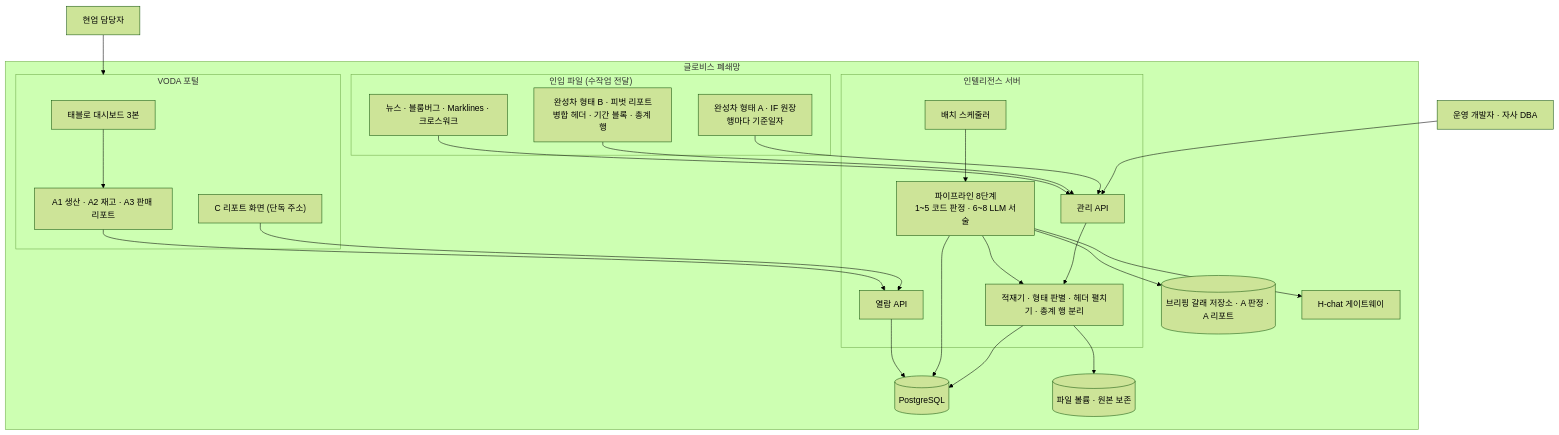
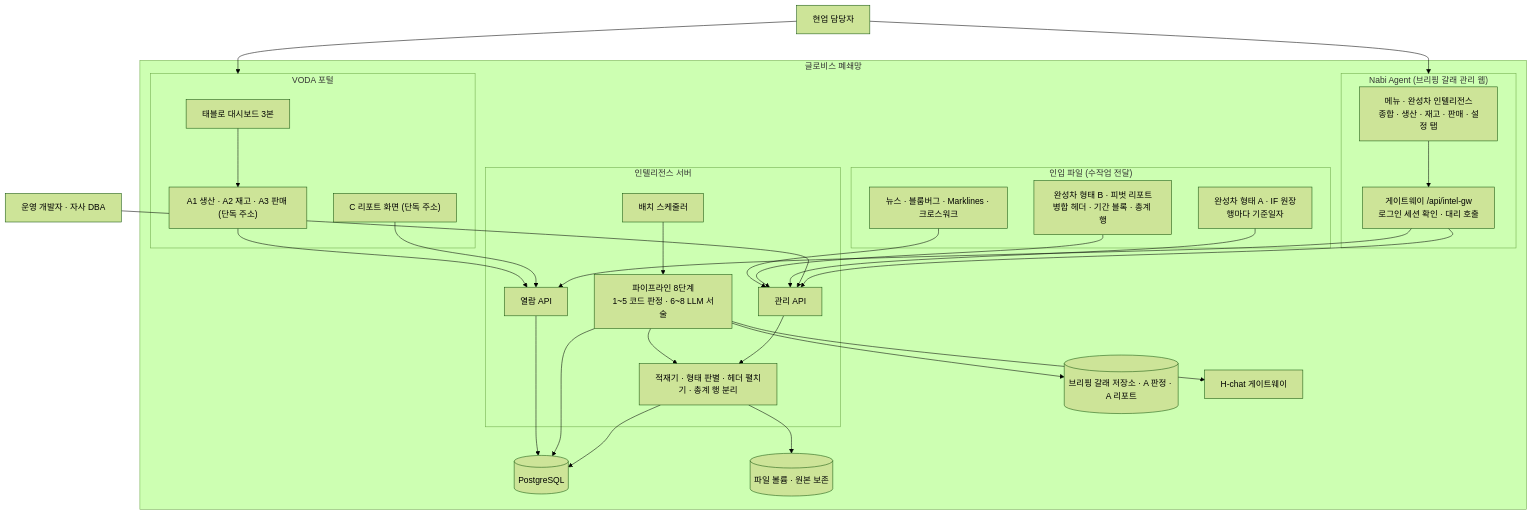
The diagram in docs/specs/05-INFRA/TBL-INFRA-002.md (HoyoungParkme/tableau_platform), drawn with Mermaid (forest theme) before and after one commit. The commit also changed other lines of this file, not shown here.

Commit message:
C12 정정, 구성도에 Nabi Agent 게이트웨이, 5장 인증 표(세션 대리·단독 주소), PUBLIC_BASE_URL(유저 결정 2026-10-01)

````diff
--- a/docs/specs/05-INFRA/TBL-INFRA-002.md
+++ b/docs/specs/05-INFRA/TBL-INFRA-002.md
@@ -178,43 +178,51 @@
 ```mermaid
 flowchart TB
   subgraph closed["글로비스 폐쇄망"]
     subgraph src["인입 파일 (수작업 전달)"]
       FA["완성차 형태 A · IF 원장<br/>행마다 기준일자"]
       FB["완성차 형태 B · 피벗 리포트<br/>병합 헤더 · 기간 블록 · 총계 행"]
       ETC["뉴스 · 블룸버그 · Marklines · 크로스워크"]
     end
+    subgraph nabi["Nabi Agent (브리핑 갈래 관리 웹)"]
+      NMENU["메뉴 · 완성차 인텔리전스<br/>종합 · 생산 · 재고 · 판매 · 설정 탭"]
+      GW["게이트웨이 /api/intel-gw<br/>로그인 세션 확인 · 대리 호출"]
+    end
     subgraph voda["VODA 포털"]
       TAB["태블로 대시보드 3본"]
-      AREP["A1 생산 · A2 재고 · A3 판매 리포트"]
+      AREP["A1 생산 · A2 재고 · A3 판매 (단독 주소)"]
       CWEB["C 리포트 화면 (단독 주소)"]
     end
     subgraph app["인텔리전스 서버"]
       ADMAPI["관리 API"]
       LOAD["적재기 · 형태 판별 · 헤더 펼치기 · 총계 행 분리"]
       SCHED["배치 스케줄러"]
       PIPE["파이프라인 8단계<br/>1~5 코드 판정 · 6~8 LLM 서술"]
       PUBAPI["열람 API"]
     end
     DB[("PostgreSQL")]
     VOL[("파일 볼륨 · 원본 보존")]
     BRIEF[("브리핑 갈래 저장소 · A 판정 · A 리포트")]
     HCHAT["H-chat 게이트웨이"]
   end
-  USER["현업 담당자"] --> voda
+  USER["현업 담당자"] --> nabi
+  USER --> voda
+  NMENU --> GW
+  GW --> PUBAPI
+  GW --> ADMAPI
   ADMIN["운영 개발자 · 자사 DBA"] --> ADMAPI
   FA --> ADMAPI
   FB --> ADMAPI
   ETC --> ADMAPI
   ADMAPI --> LOAD
   LOAD --> VOL
   LOAD --> DB
   SCHED --> PIPE
   PIPE --> LOAD
   PIPE --> DB
   PIPE --> BRIEF
   PIPE --> HCHAT
   CWEB --> PUBAPI
   AREP --> PUBAPI
   PUBAPI --> DB
   TAB --> AREP
 ```
````
